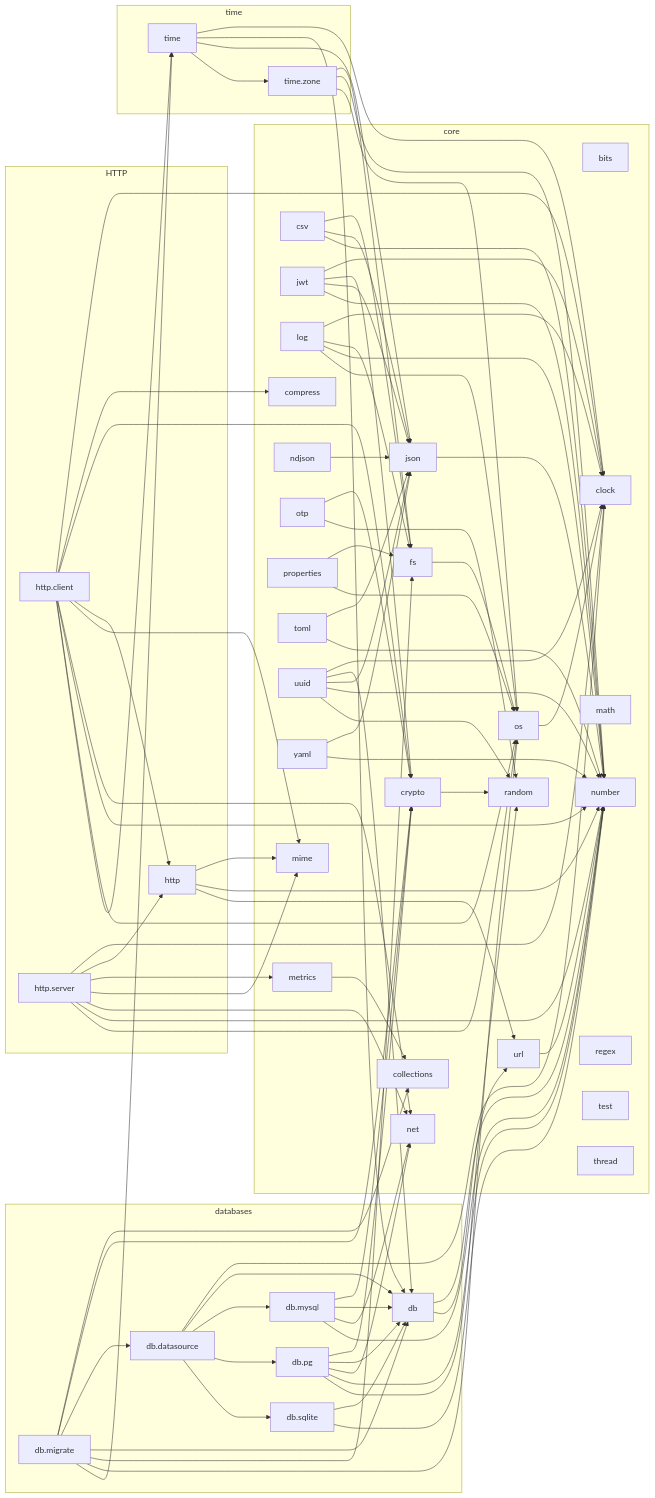
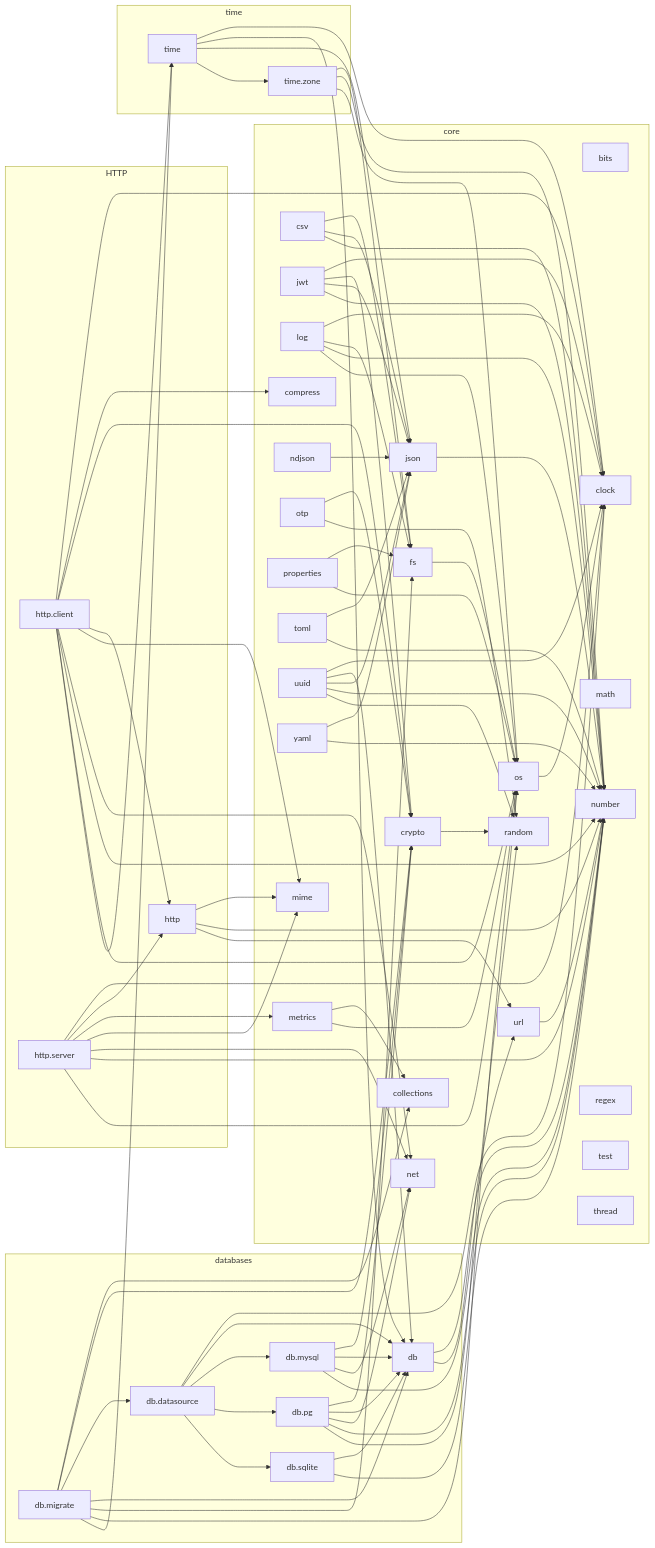
One commit to vasnatech/ziman changed the diagram in docs/lib/dependencies.md. Above: the diagram before and after it, drawn with Mermaid. The commit also changed other lines of this file and 8 other files, not shown here.

```diff
--- a/docs/lib/dependencies.md
+++ b/docs/lib/dependencies.md
@@ -87,6 +87,7 @@
     log --> number
     log --> os
     metrics --> collections
+    metrics --> os
     migrate --> collections
     migrate --> crypto
     migrate --> datasource
```
